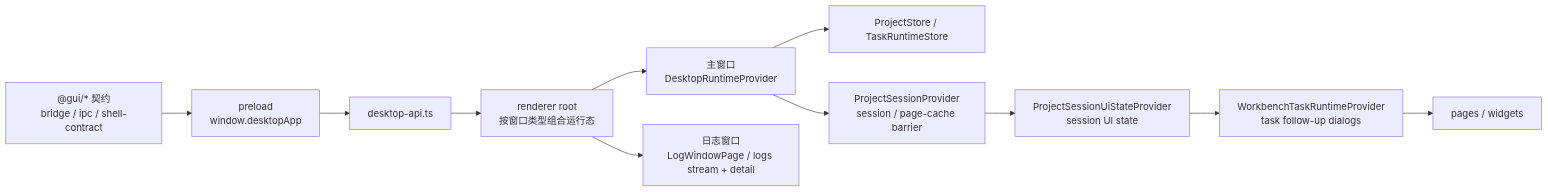
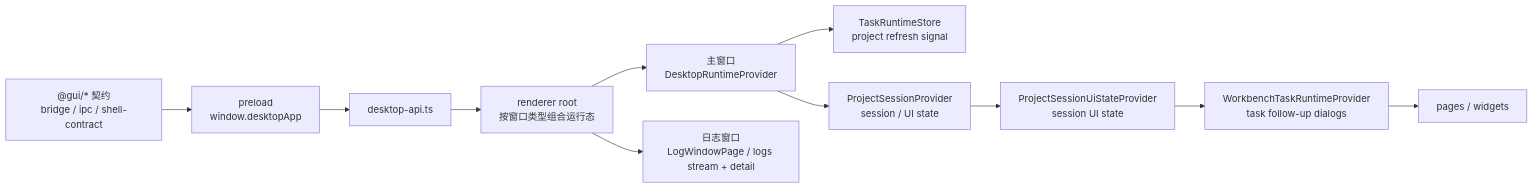
One commit to neavo/LinguaGacha changed the diagram in docs/FRONTEND.md. Above: the diagram before and after it, drawn with Mermaid. The commit also changed other lines of this file and 226 other files, not shown here.

````diff
--- a/docs/FRONTEND.md
+++ b/docs/FRONTEND.md
@@ -7,13 +7,13 @@
 ```mermaid
 flowchart LR
   Contract["@gui/* 契约<br/>bridge / ipc / shell-contract"] --> Preload["preload<br/>window.desktopApp"]
   Preload --> API["desktop-api.ts"]
   API --> Root["renderer root<br/>按窗口类型组合运行态"]
   Root --> Runtime["主窗口<br/>DesktopRuntimeProvider"]
   Root --> Logs["日志窗口<br/>LogWindowPage / logs stream + detail"]
-  Runtime --> Store["ProjectStore / TaskRuntimeStore"]
-  Runtime --> Session["ProjectSessionProvider<br/>session / page-cache barrier"]
+  Runtime --> Store["TaskRuntimeStore<br/>project refresh signal"]
+  Runtime --> Session["ProjectSessionProvider<br/>session / UI state"]
   Session --> SessionUiState["ProjectSessionUiStateProvider<br/>session UI state"]
   SessionUiState --> Followup["WorkbenchTaskRuntimeProvider<br/>task follow-up dialogs"]
   Followup --> Pages["pages / widgets"]
 ```
````
